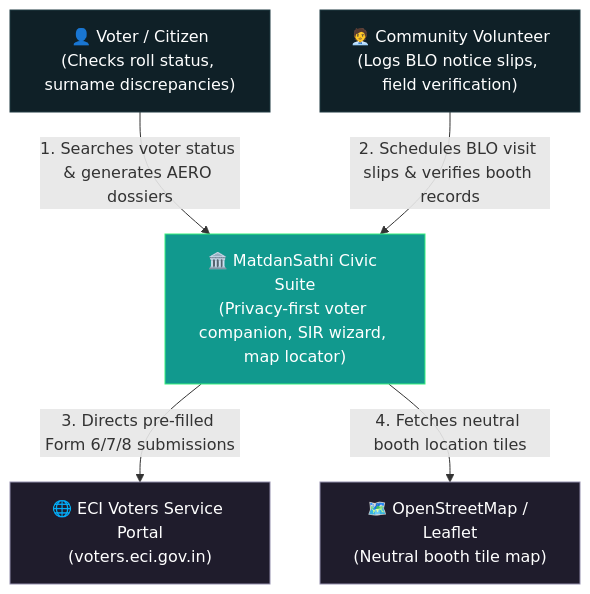
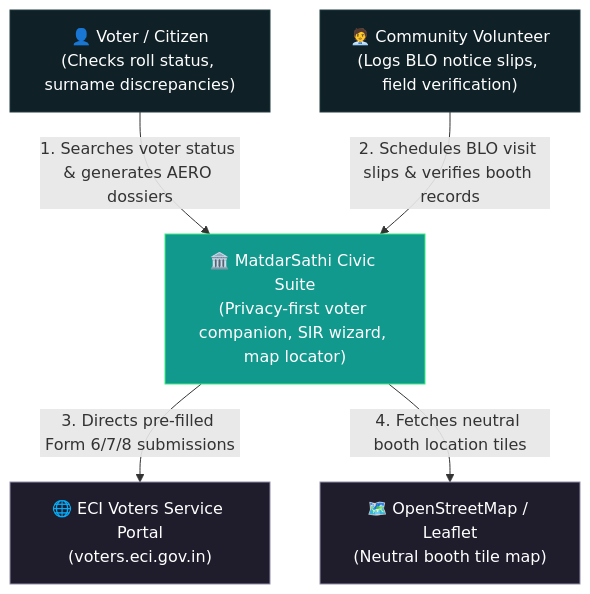
Before and after one commit to nparvezten/MatdanSathi: the first of 8 diagrams in docs/architecture/ENTERPRISE_ARCHITECTURE.md, drawn with Mermaid. The commit also changed other lines of this file and 70 other files, not shown here.

Commit message:
refactor(rebrand): complete rename from MatdanSathi to MatdarSathi across solution, assemblies, and namespaces

````diff
--- a/docs/architecture/ENTERPRISE_ARCHITECTURE.md
+++ b/docs/architecture/ENTERPRISE_ARCHITECTURE.md
@@ -58,19 +58,19 @@
 ```mermaid
 graph TD
     classDef citizenFill fill:#0f2027,stroke:#203a43,color:#fff;
     classDef sysFill fill:#11998e,stroke:#38ef7d,color:#fff;
     classDef extFill fill:#1f1c2c,stroke:#928dab,color:#fff;
 
     Citizen["👤 Voter / Citizen<br/>(Checks roll status, surname discrepancies)"]:::citizenFill
     Volunteer["🧑‍💼 Community Volunteer<br/>(Logs BLO notice slips, field verification)"]:::citizenFill
 
-    MatdanSathi["🏛️ MatdanSathi Civic Suite<br/>(Privacy-first voter companion, SIR wizard, map locator)"]:::sysFill
+    MatdarSathi["🏛️ MatdarSathi Civic Suite<br/>(Privacy-first voter companion, SIR wizard, map locator)"]:::sysFill
 
     ECIPortal["🌐 ECI Voters Service Portal<br/>(voters.eci.gov.in)"]:::extFill
     OpenStreetMap["🗺️ OpenStreetMap / Leaflet<br/>(Neutral booth tile map)"]:::extFill
 
-    Citizen -->|"1. Searches voter status & generates AERO dossiers"| MatdanSathi
-    Volunteer -->|"2. Schedules BLO visit slips & verifies booth records"| MatdanSathi
-    MatdanSathi -->|"3. Directs pre-filled Form 6/7/8 submissions"| ECIPortal
-    MatdanSathi -->|"4. Fetches neutral booth location tiles"| OpenStreetMap
+    Citizen -->|"1. Searches voter status & generates AERO dossiers"| MatdarSathi
+    Volunteer -->|"2. Schedules BLO visit slips & verifies booth records"| MatdarSathi
+    MatdarSathi -->|"3. Directs pre-filled Form 6/7/8 submissions"| ECIPortal
+    MatdarSathi -->|"4. Fetches neutral booth location tiles"| OpenStreetMap
 ```
````
